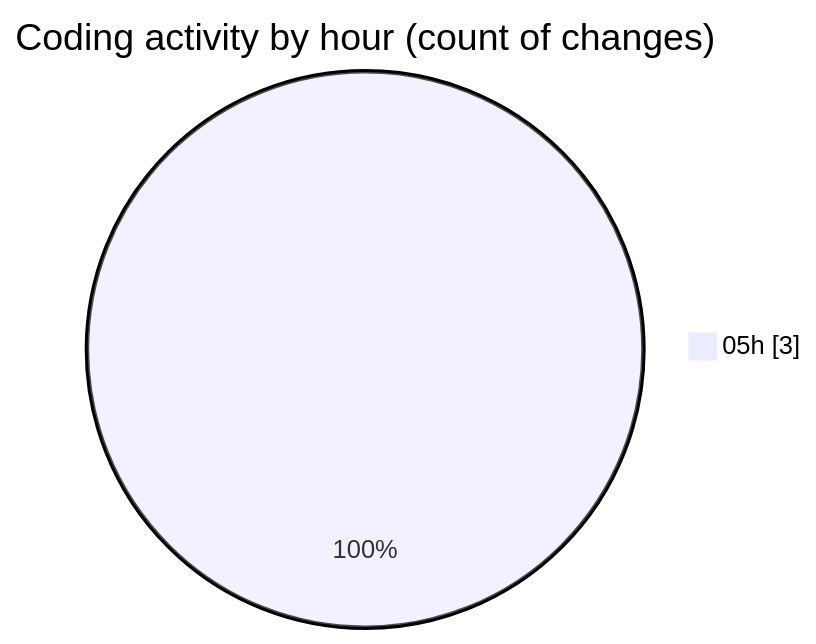
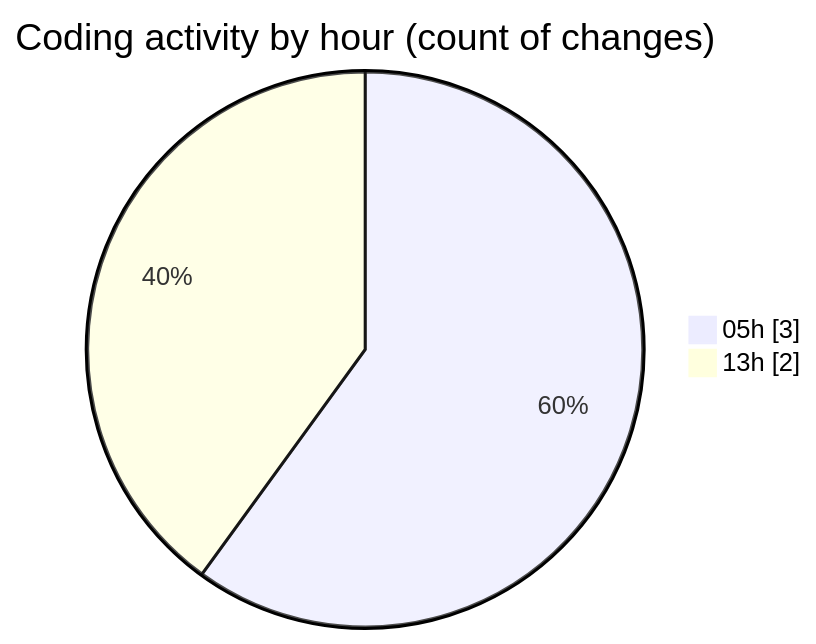
One commit to shibass792/code-tracking changed the second of 2 diagrams in 2026-07-11/untitled__workspace_/README.md. Above: the diagram before and after it, drawn with Mermaid. The commit also changed other lines of this file and 1 other file, not shown here.

````diff
--- a/2026-07-11/untitled__workspace_/README.md
+++ b/2026-07-11/untitled__workspace_/README.md
@@ -28,5 +28,6 @@
 ```mermaid
 pie showData
 title Coding activity by hour (count of changes)
 "05h" : 3
+"13h" : 2
 ```
````
